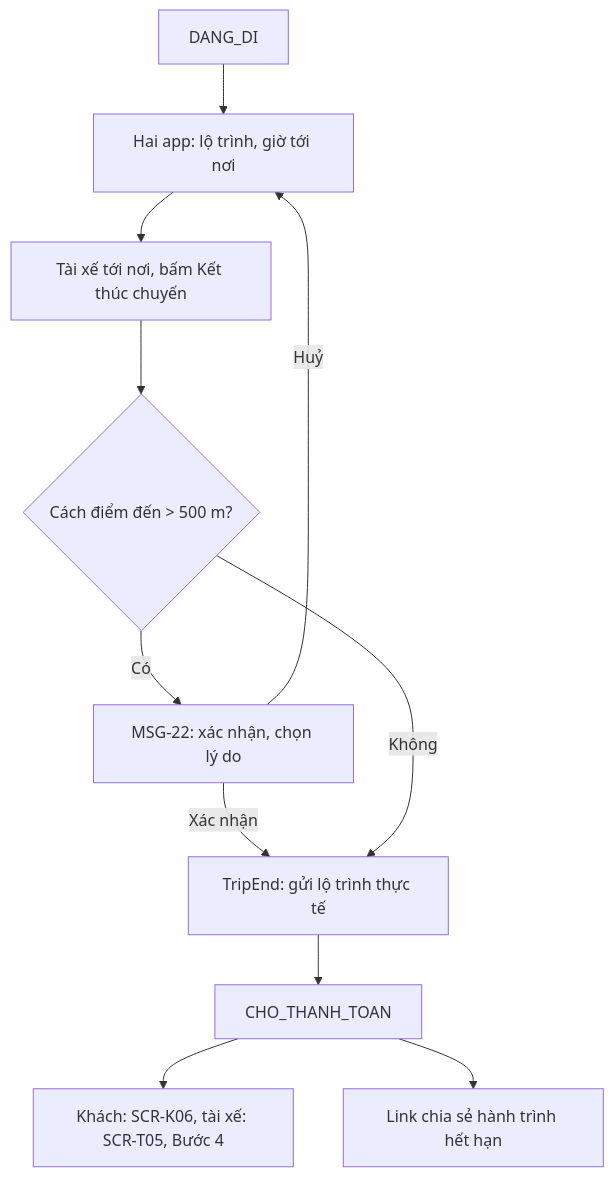
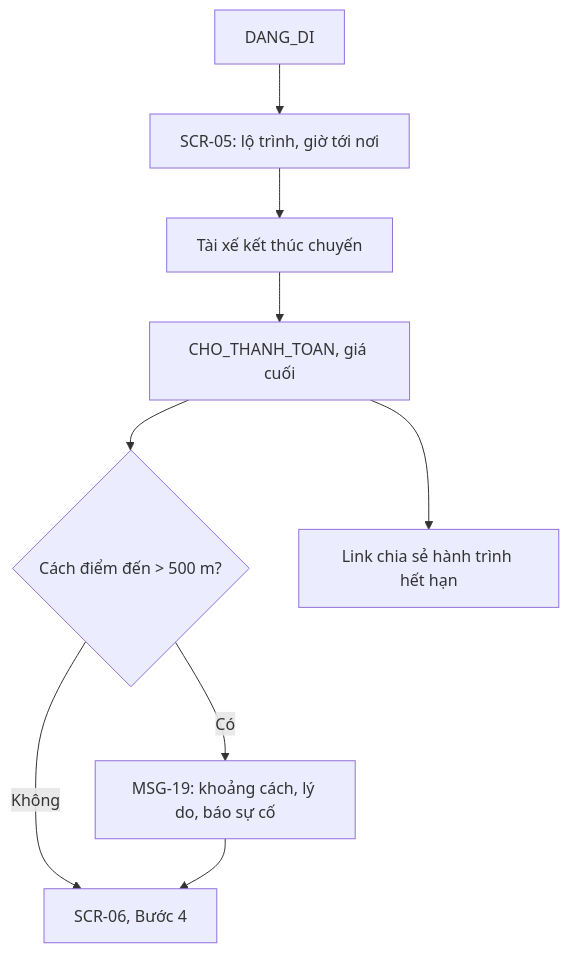
The tenth of 20 diagrams in docs/SRS.md (uxfoundation-vn/de05-dat-xe-cho-khach), drawn with Mermaid before and after one commit. The commit also changed other lines of this file and 2 other files, not shown here.

First line of the commit message:
Đề 5: chỉ giữ luồng của khách

````diff
--- a/docs/SRS.md
+++ b/docs/SRS.md
@@ -572,13 +487,11 @@
 ```mermaid
 flowchart TD
-  A["DANG_DI"] --> B["Hai app: lộ trình, giờ tới nơi"]
-  B --> C["Tài xế tới nơi, bấm Kết thúc chuyến"]
-  C --> D{"Cách điểm đến > 500 m?"}
-  D -->|Có| E["MSG-22: xác nhận, chọn lý do"]
-  E -->|Huỷ| B
-  E -->|Xác nhận| F
-  D -->|Không| F["TripEnd: gửi lộ trình thực tế"]
-  F --> G["CHO_THANH_TOAN"]
-  G --> H["Khách: SCR-K06, tài xế: SCR-T05, Bước 4"]
-  G --> I["Link chia sẻ hành trình hết hạn"]
+  A["DANG_DI"] --> B["SCR-05: lộ trình, giờ tới nơi"]
+  B --> C["Tài xế kết thúc chuyến"]
+  C --> D["CHO_THANH_TOAN, giá cuối"]
+  D --> E{"Cách điểm đến > 500 m?"}
+  E -->|Có| F["MSG-19: khoảng cách, lý do, báo sự cố"]
+  E -->|Không| G["SCR-06, Bước 4"]
+  F --> G
+  D --> H["Link chia sẻ hành trình hết hạn"]
 ```
````
